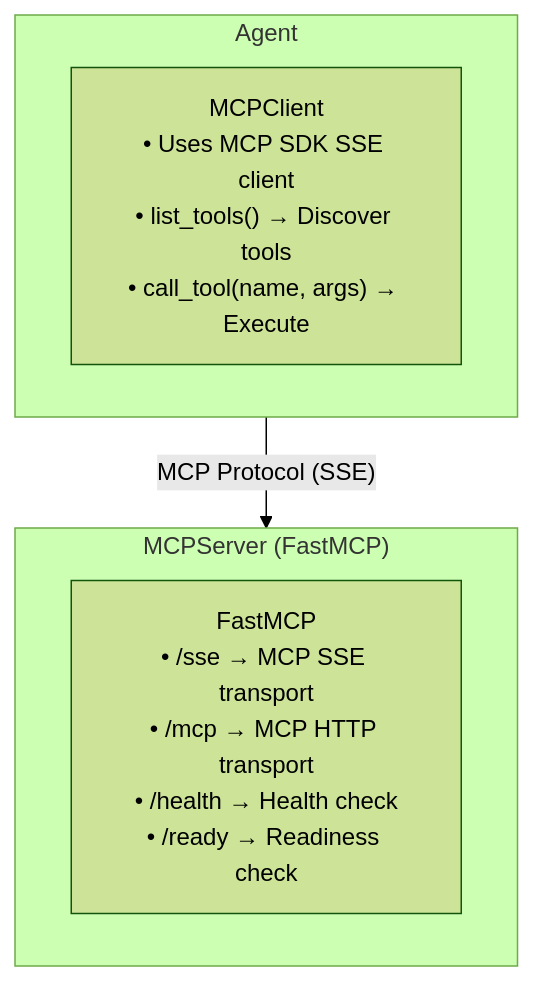
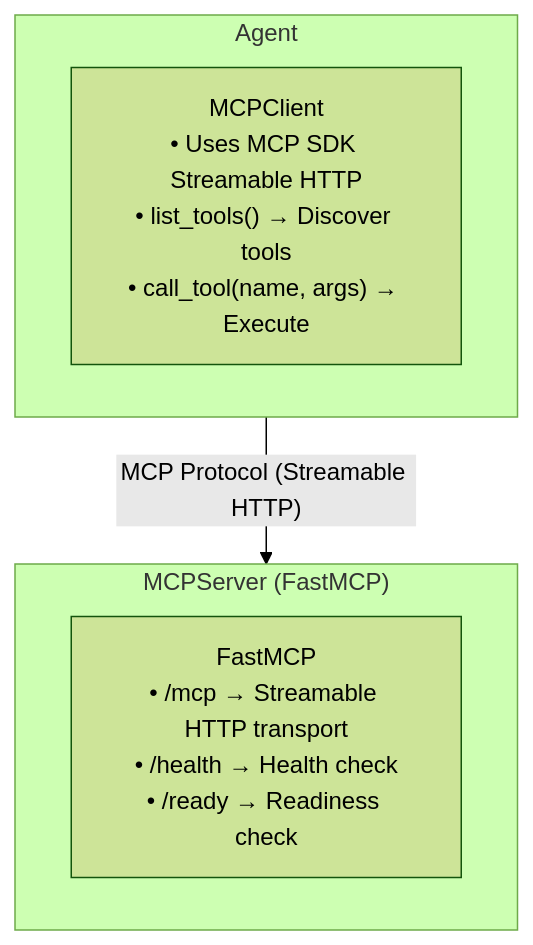
One commit to axsaucedo/kaos changed the diagram in docs/python-framework/mcp-tools.md. Above: the diagram before and after it, drawn with Mermaid (forest theme). The commit also changed other lines of this file, not shown here.

Commit message:
docs: update MCP documentation for Streamable HTTP transport

````diff
--- a/docs/python-framework/mcp-tools.md
+++ b/docs/python-framework/mcp-tools.md
@@ -7,12 +7,12 @@
 ```mermaid
 flowchart TB
     subgraph agent["Agent"]
-        client["MCPClient<br/>• Uses MCP SDK SSE client<br/>• list_tools() → Discover tools<br/>• call_tool(name, args) → Execute"]
+        client["MCPClient<br/>• Uses MCP SDK Streamable HTTP<br/>• list_tools() → Discover tools<br/>• call_tool(name, args) → Execute"]
     end
     
     subgraph server["MCPServer (FastMCP)"]
-        fastmcp["FastMCP<br/>• /sse → MCP SSE transport<br/>• /mcp → MCP HTTP transport<br/>• /health → Health check<br/>• /ready → Readiness check"]
+        fastmcp["FastMCP<br/>• /mcp → Streamable HTTP transport<br/>• /health → Health check<br/>• /ready → Readiness check"]
     end
     
-    agent -->|"MCP Protocol (SSE)"| server
+    agent -->|"MCP Protocol (Streamable HTTP)"| server
 ```
````
